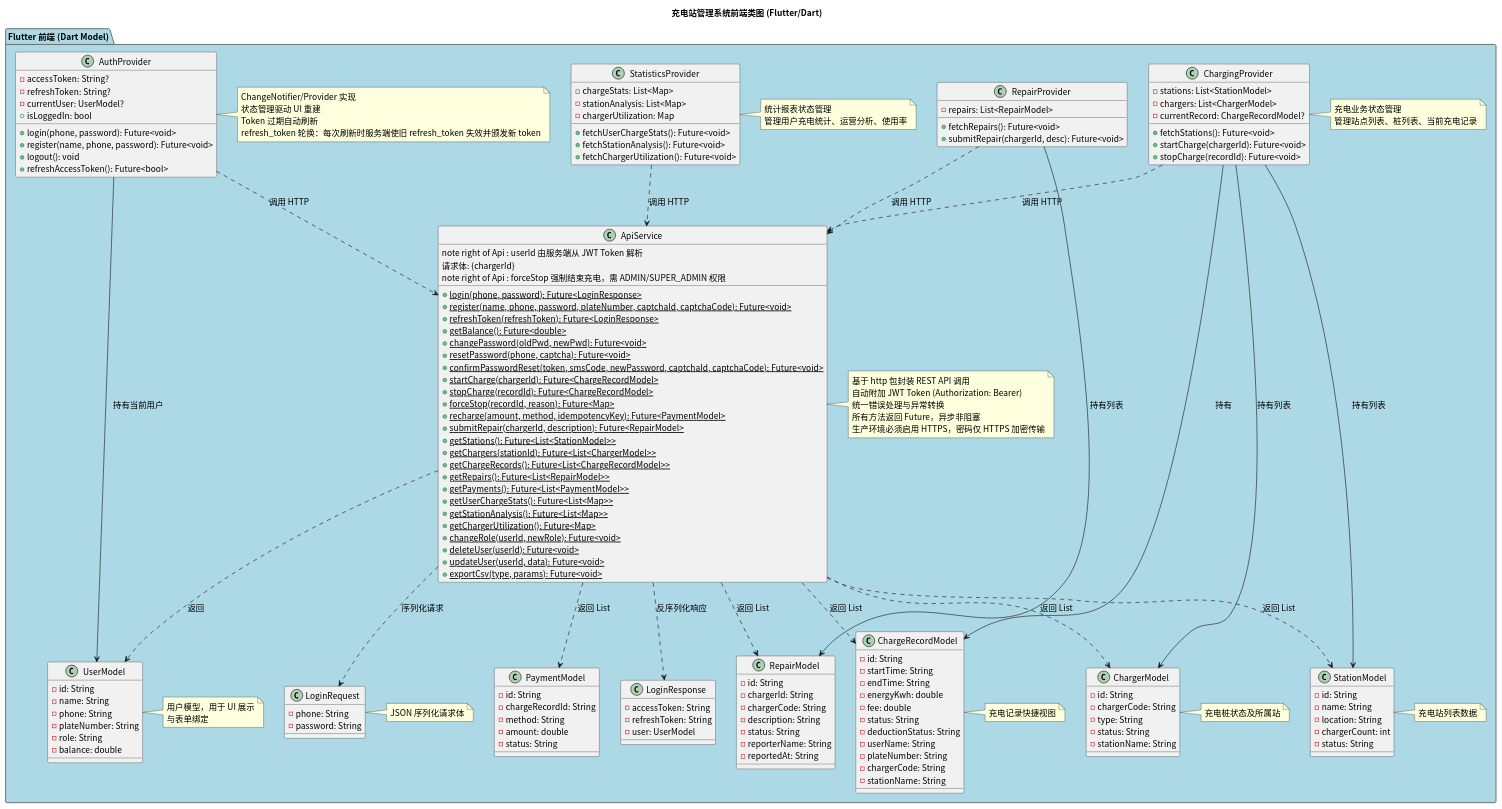
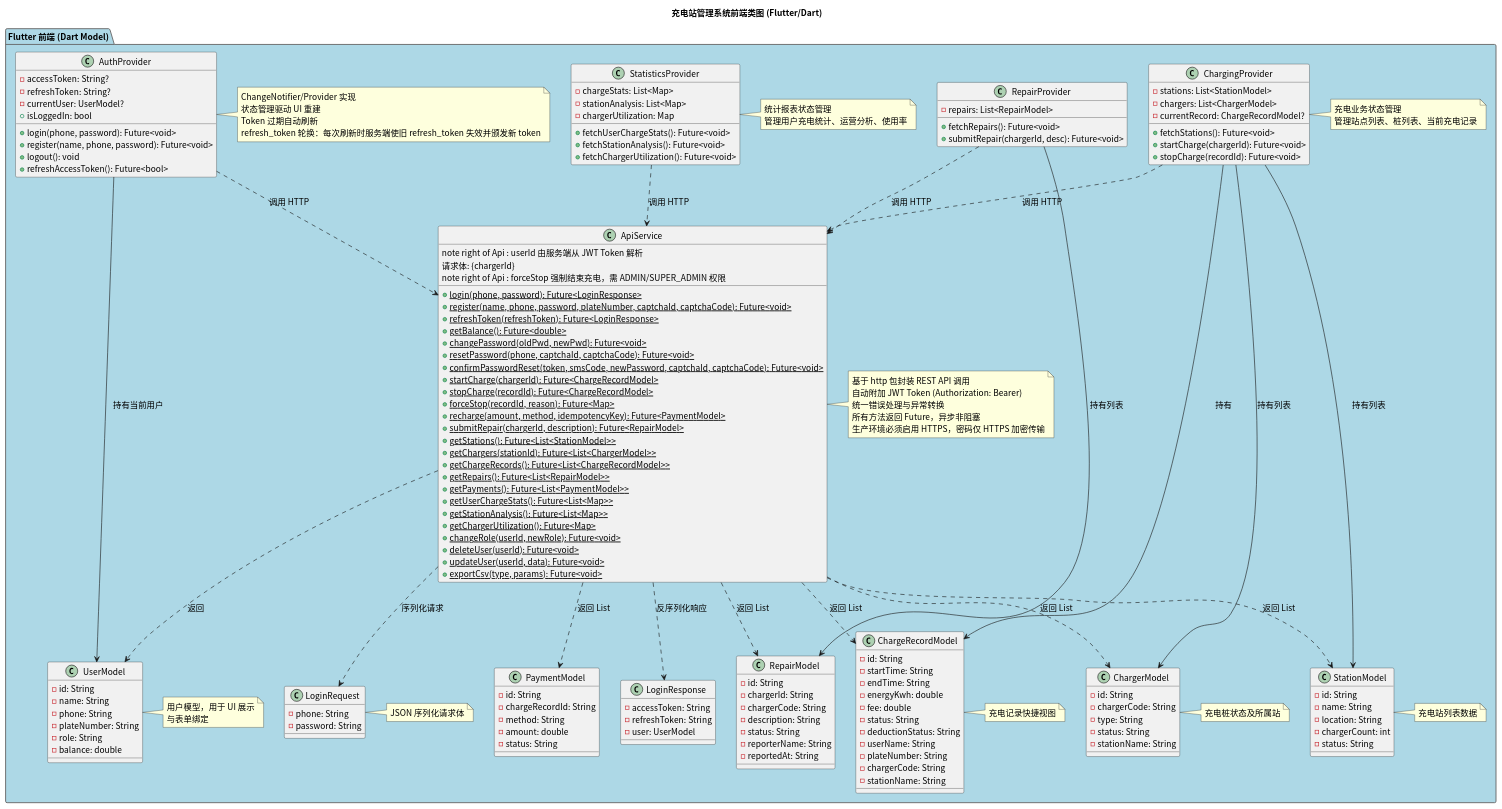
The diagram in class/src/frontend_class_diagram.puml (greenhandzdl/charging-station-doc), drawn with PlantUML before and after one commit. The commit also changed 5 other files, not shown here.

First line of the commit message:
fix: 第22轮评估修复 — 跨图一致性全面补全（2 MAJOR + 2 MINOR）

```diff
--- a/class/src/frontend_class_diagram.puml
+++ b/class/src/frontend_class_diagram.puml
@@ -1,174 +1,174 @@
 @startuml
 skinparam defaultFontName "Noto Sans CJK SC"
 skinparam defaultFontSize 14
 title 充电站管理系统前端类图 (Flutter/Dart)
 skinparam package {
   BackgroundColor #F0F0F0
   BorderColor #666666
 }
 
 package "Flutter 前端 (Dart Model)" as FE #ADD8E6 {
 
   class "UserModel" as FUser {
     - id: String
     - name: String
     - phone: String
     - plateNumber: String
     - role: String
     - balance: double
   }
   note right of FUser : 用户模型，用于 UI 展示\n与表单绑定
 
   class "StationModel" as FStation {
     - id: String
     - name: String
     - location: String
     - chargerCount: int
     - status: String
   }
   note right of FStation : 充电站列表数据
 
   class "ChargerModel" as FCharger {
     - id: String
     - chargerCode: String
     - type: String
     - status: String
     - stationName: String
   }
   note right of FCharger : 充电桩状态及所属站
 
   class "ChargeRecordModel" as FCRecord {
     - id: String
     - startTime: String
     - endTime: String
     - energyKwh: double
     - fee: double
     - status: String
     - deductionStatus: String
     - userName: String
     - plateNumber: String
     - chargerCode: String
     - stationName: String
   }
   note right of FCRecord : 充电记录快捷视图
 
   class "PaymentModel" as FPayment {
     - id: String
     - chargeRecordId: String
     - method: String
     - amount: double
     - status: String
   }
 
   class "RepairModel" as FRepair {
     - id: String
     - chargerId: String
     - chargerCode: String
     - description: String
     - status: String
     - reporterName: String
     - reportedAt: String
   }
 
   class "LoginRequest" as LoginReq {
     - phone: String
     - password: String
   }
   note right of LoginReq : JSON 序列化请求体
 
   class "LoginResponse" as LoginResp {
     - accessToken: String
     - refreshToken: String
     - user: UserModel
   }
 
   class "ApiService" as Api {
     + {static} login(phone, password): Future<LoginResponse>
     + {static} register(name, phone, password, plateNumber, captchaId, captchaCode): Future<void>
     + {static} refreshToken(refreshToken): Future<LoginResponse>
     + {static} getBalance(): Future<double>
     + {static} changePassword(oldPwd, newPwd): Future<void>
-    + {static} resetPassword(phone, captcha): Future<void>
+    + {static} resetPassword(phone, captchaId, captchaCode): Future<void>
     + {static} confirmPasswordReset(token, smsCode, newPassword, captchaId, captchaCode): Future<void>
     + {static} startCharge(chargerId): Future<ChargeRecordModel>
     note right of Api : userId 由服务端从 JWT Token 解析\n请求体: {chargerId}
     + {static} stopCharge(recordId): Future<ChargeRecordModel>
     + {static} forceStop(recordId, reason): Future<Map>
     note right of Api : forceStop 强制结束充电，需 ADMIN/SUPER_ADMIN 权限
     + {static} recharge(amount, method, idempotencyKey): Future<PaymentModel>
     + {static} submitRepair(chargerId, description): Future<RepairModel>
     + {static} getStations(): Future<List<StationModel>>
     + {static} getChargers(stationId): Future<List<ChargerModel>>
     + {static} getChargeRecords(): Future<List<ChargeRecordModel>>
     + {static} getRepairs(): Future<List<RepairModel>>
     + {static} getPayments(): Future<List<PaymentModel>>
     + {static} getUserChargeStats(): Future<List<Map>>
     + {static} getStationAnalysis(): Future<List<Map>>
     + {static} getChargerUtilization(): Future<Map>
     + {static} changeRole(userId, newRole): Future<void>
     + {static} deleteUser(userId): Future<void>
     + {static} updateUser(userId, data): Future<void>
     + {static} exportCsv(type, params): Future<void>
   }
   note right of Api : 基于 http 包封装 REST API 调用\n自动附加 JWT Token (Authorization: Bearer)\n统一错误处理与异常转换\n所有方法返回 Future，异步非阻塞\n生产环境必须启用 HTTPS，密码仅 HTTPS 加密传输
 
   class "AuthProvider" as Auth {
     - accessToken: String?
     - refreshToken: String?
     - currentUser: UserModel?
     + login(phone, password): Future<void>
     + register(name, phone, password): Future<void>
     + logout(): void
     + refreshAccessToken(): Future<bool>
     + isLoggedIn: bool
   }
   note right of Auth : ChangeNotifier/Provider 实现\n状态管理驱动 UI 重建\nToken 过期自动刷新\nrefresh_token 轮换：每次刷新时服务端使旧 refresh_token 失效并颁发新 token
 
   class "ChargingProvider" as CP {
     - stations: List<StationModel>
     - chargers: List<ChargerModel>
     - currentRecord: ChargeRecordModel?
     + fetchStations(): Future<void>
     + startCharge(chargerId): Future<void>
     + stopCharge(recordId): Future<void>
   }
   note right of CP : 充电业务状态管理\n管理站点列表、桩列表、当前充电记录
 
   class "RepairProvider" as RP {
     - repairs: List<RepairModel>
     + fetchRepairs(): Future<void>
     + submitRepair(chargerId, desc): Future<void>
   }
 
   class "StatisticsProvider" as StatsP {
     - chargeStats: List<Map>
     - stationAnalysis: List<Map>
     - chargerUtilization: Map
     + fetchUserChargeStats(): Future<void>
     + fetchStationAnalysis(): Future<void>
     + fetchChargerUtilization(): Future<void>
   }
   note right of StatsP : 统计报表状态管理\n管理用户充电统计、运营分析、使用率
 }
 
 ' ===== 关联关系 =====
 Api ..> LoginReq : 序列化请求
 Api ..> LoginResp : 反序列化响应
 Api ..> FStation : 返回 List
 Api ..> FCharger : 返回 List
 Api ..> FUser : 返回
 Api ..> FCRecord : 返回 List
 Api ..> FPayment : 返回 List
 Api ..> FRepair : 返回 List
 
 Auth --> FUser : 持有当前用户
 Auth ..> Api : 调用 HTTP
 CP ..> Api : 调用 HTTP
 CP --> FStation : 持有列表
 CP --> FCharger : 持有列表
 CP --> FCRecord : 持有
 RP ..> Api : 调用 HTTP
 RP --> FRepair : 持有列表
 StatsP ..> Api : 调用 HTTP
 
 @enduml
```
